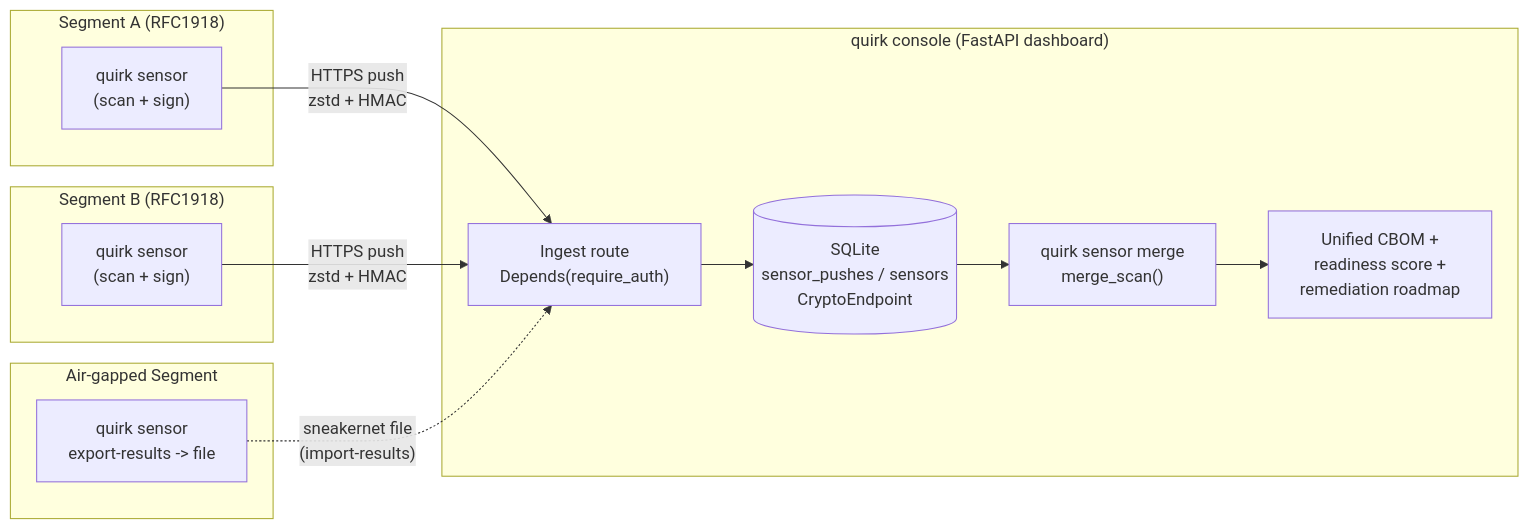
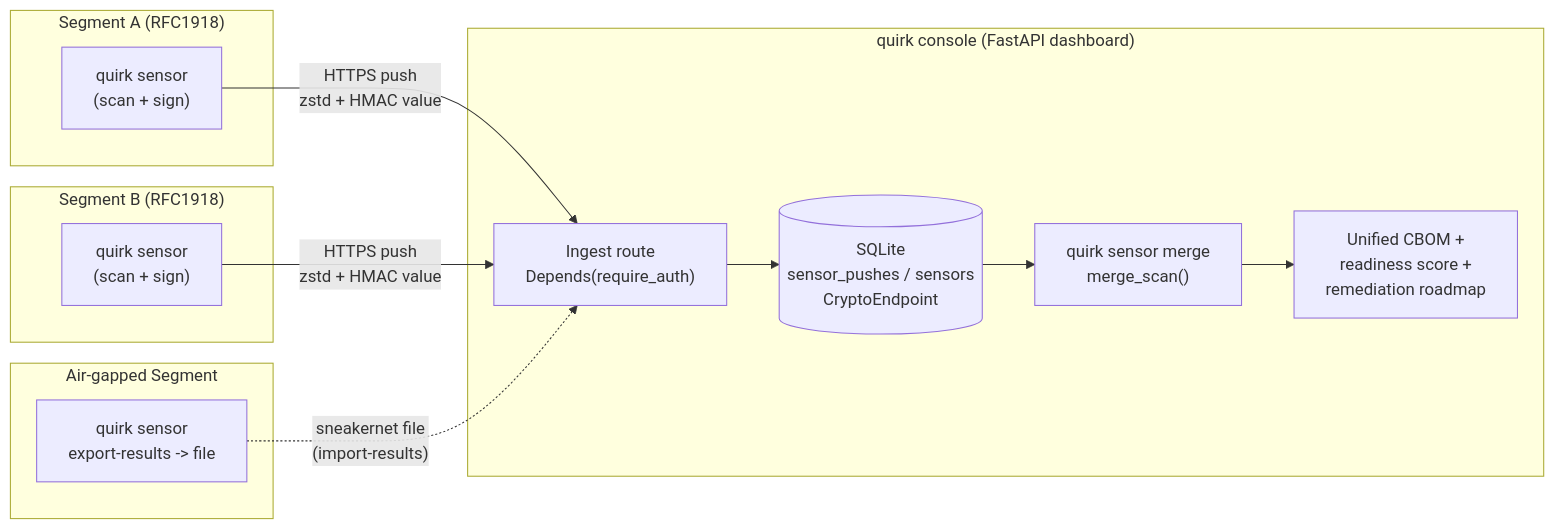
Before and after one commit to 0xD1g5/QU.I.R.K: the first of 2 diagrams in docs/architecture-distributed.md, drawn with Mermaid. The commit also changed other lines of this file and 8 other files, not shown here.

````diff
--- a/docs/architecture-distributed.md
+++ b/docs/architecture-distributed.md
@@ -58,26 +58,26 @@
 ```mermaid
 flowchart LR
     subgraph SegA["Segment A (RFC1918)"]
         S1["quirk sensor\n(scan + sign)"]
     end
     subgraph SegB["Segment B (RFC1918)"]
         S2["quirk sensor\n(scan + sign)"]
     end
     subgraph SegC["Air-gapped Segment"]
         S3["quirk sensor\nexport-results -> file"]
     end
 
-    S1 -- "HTTPS push\nzstd + HMAC" --> ING
-    S2 -- "HTTPS push\nzstd + HMAC" --> ING
+    S1 -- "HTTPS push\nzstd + HMAC value" --> ING
+    S2 -- "HTTPS push\nzstd + HMAC value" --> ING
     S3 -. "sneakernet file\n(import-results)" .-> ING
 
     subgraph Console["quirk console (FastAPI dashboard)"]
         ING["Ingest route\nDepends(require_auth)"]
         DB[("SQLite\nsensor_pushes / sensors\nCryptoEndpoint")]
         MERGE["quirk sensor merge\nmerge_scan()"]
         OUT["Unified CBOM +\nreadiness score +\nremediation roadmap"]
         ING --> DB
         DB --> MERGE
         MERGE --> OUT
     end
 ```
````
